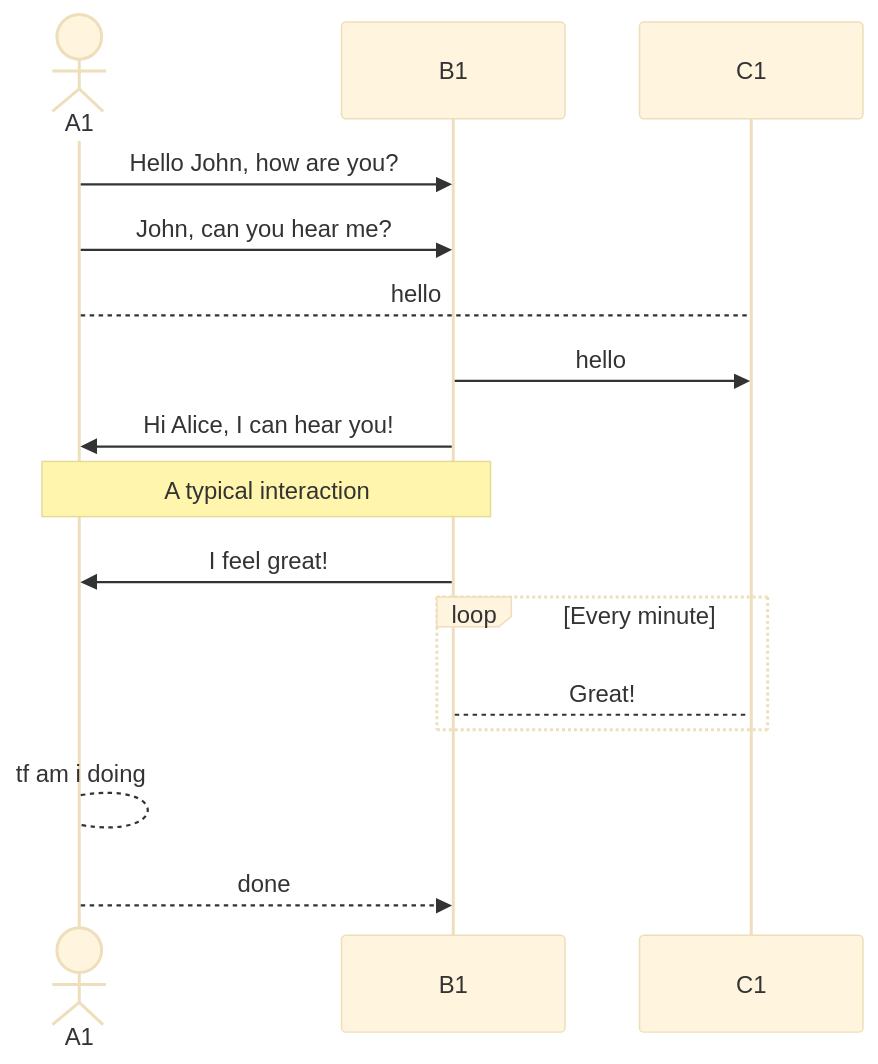
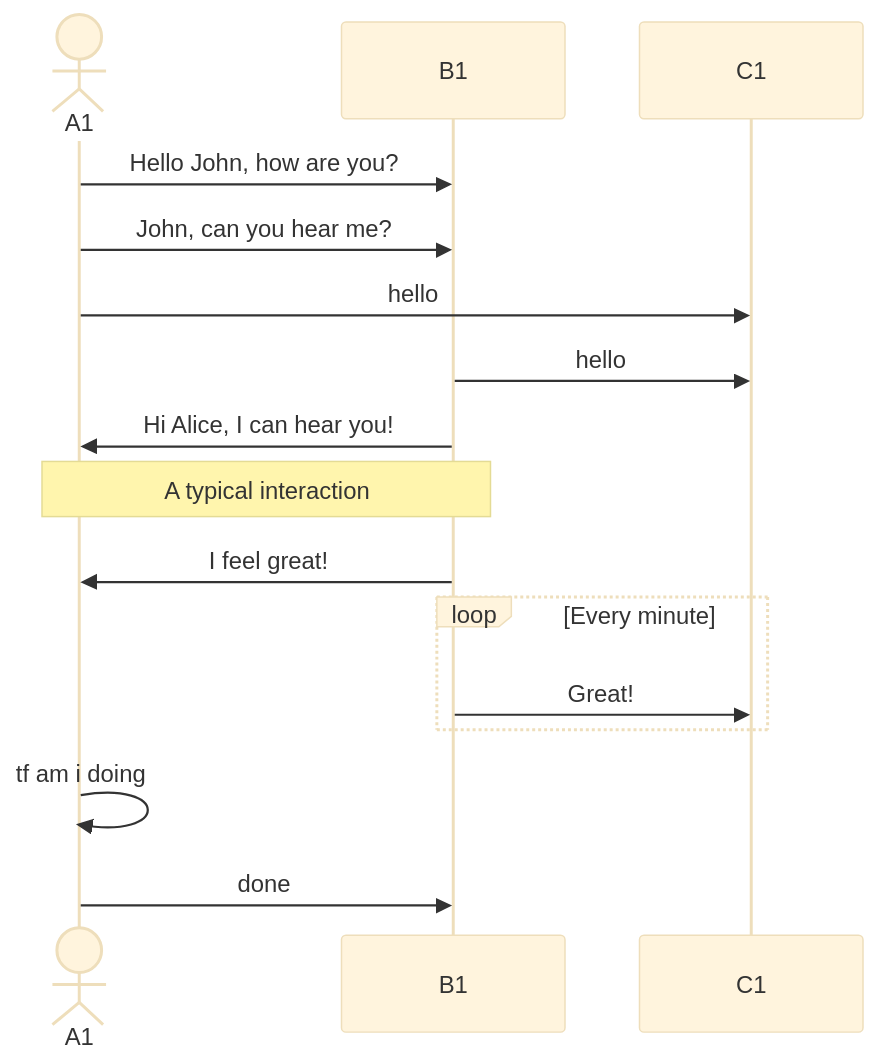
Before and after one commit to jktechs/pxt-jannick: the first of 3 diagrams in Main.md, drawn with Mermaid (base theme). The commit also changed other lines of this file and 1 other file, not shown here.

````diff
--- a/Main.md
+++ b/Main.md
@@ -42,18 +42,17 @@
 ```mermaid
 sequenceDiagram
     actor A1
     participant B1
     A1->>B1: Hello John, how are you?
     A1->>B1: John, can you hear me?
-    A1-->C1: hello
+    A1->>C1: hello
     B1->>C1: hello
     B1->>A1: Hi Alice, I can hear you!
     Note over A1,B1: A typical interaction
     B1->>A1: I feel great!
     loop Every minute
-        B1-->C1: Great!
+        B1->>C1: Great!
     end
-    A1-->A1: tf am i doing
-    A1-->>B1: done
-
+    A1->>A1: tf am i doing
+    A1->>B1: done
 ```
````
